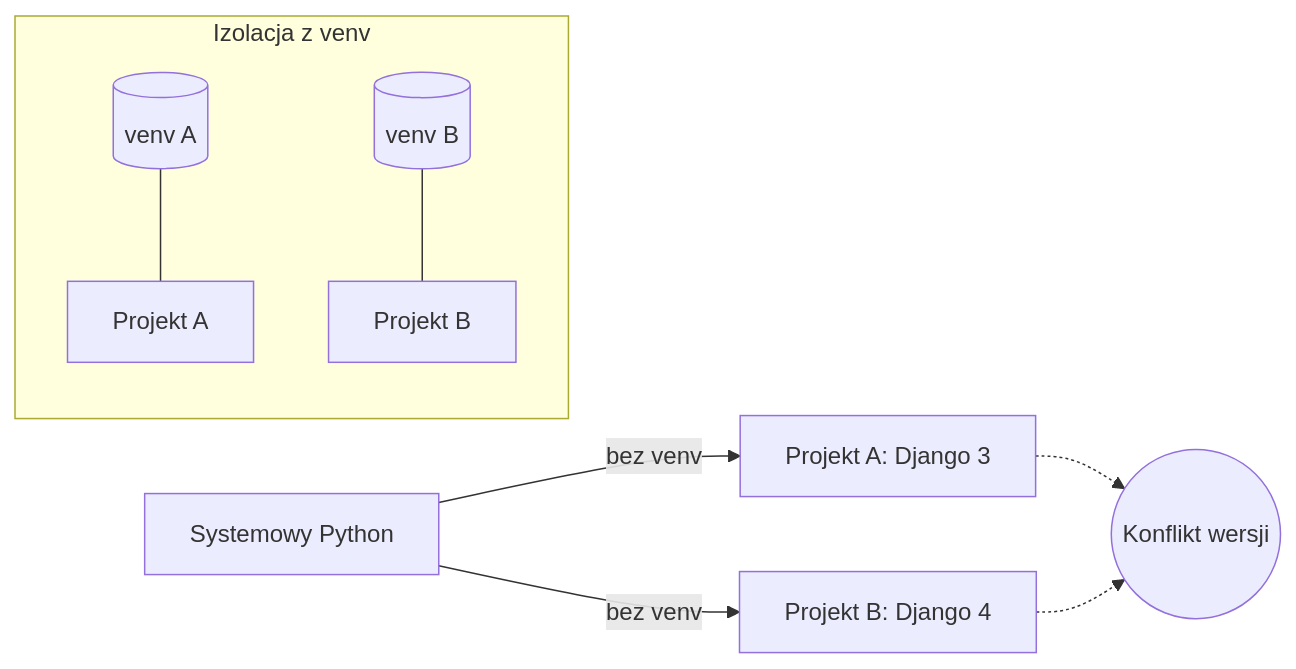
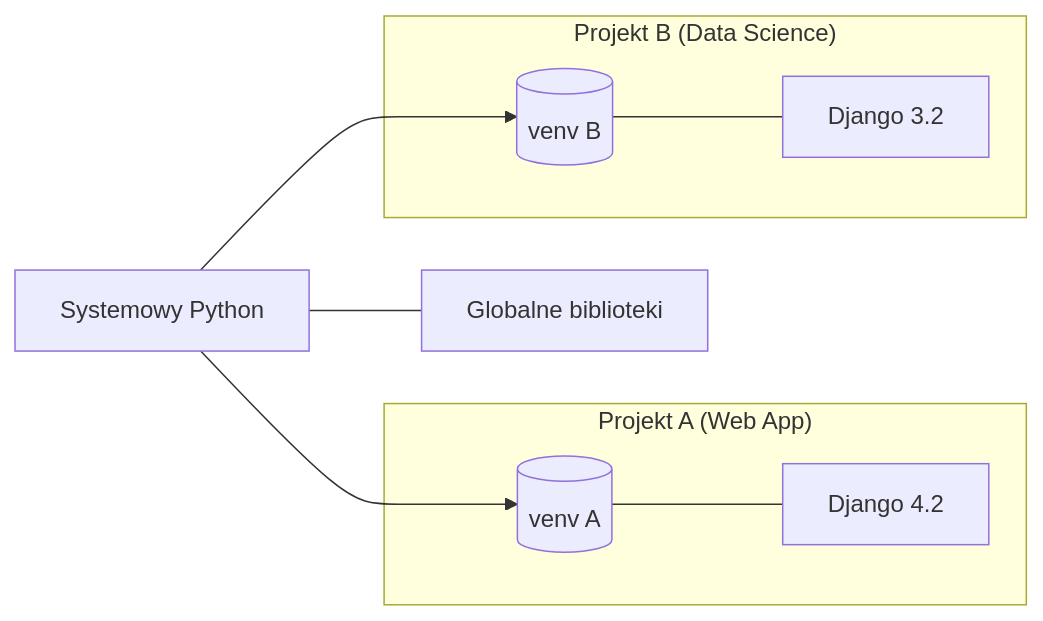
One commit to zacniewski/materials-about-markup-and-scripting-languages changed the second of 3 diagrams in lectures/wyklad14.md. Above: the diagram before and after it, drawn with Mermaid. The commit also changed other lines of this file, not shown here.

````diff
--- a/lectures/wyklad14.md
+++ b/lectures/wyklad14.md
@@ -41,12 +43,15 @@
 ```mermaid
 graph LR
-    Sys[Systemowy Python] -->|bez venv| P1[Projekt A: Django 3]
-    Sys -->|bez venv| P2[Projekt B: Django 4]
-    P1 -.-> Conflict((Konflikt wersji))
-    P2 -.-> Conflict
+    Sys[Systemowy Python] --- Global[Globalne biblioteki]
 
-    subgraph Izolacja z venv
-    V1[(venv A)] --- PA[Projekt A]
-    V2[(venv B)] --- PB[Projekt B]
+    subgraph "Projekt A (Web App)"
+        V1[(venv A)] --- P1[Django 4.2]
     end
+
+    subgraph "Projekt B (Data Science)"
+        V2[(venv B)] --- P2[Django 3.2]
+    end
+
+    Sys --> V1
+    Sys --> V2
 ```
````
